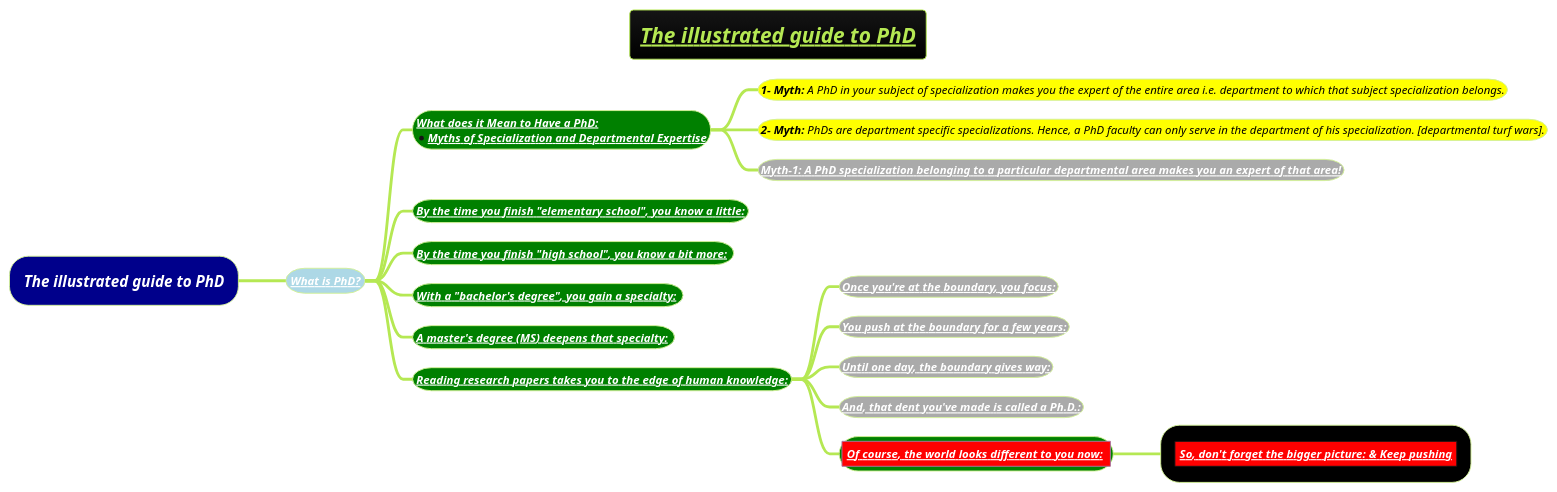
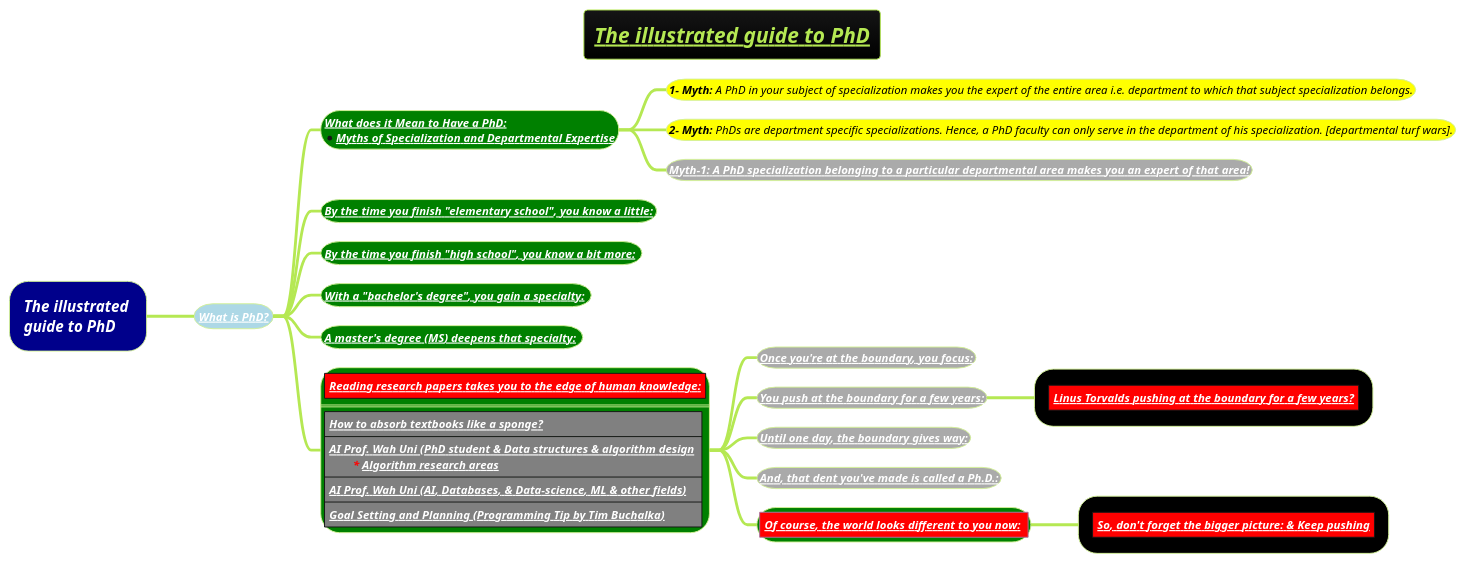
The diagram in docs/3-programming-languages/Venkat-Subramaniam/the-illustrated-guide-to-PhD.puml (MehmoodHashmi/Documentation-as-Code-DaC), drawn with PlantUML before and after one commit. The commit also changed 36 other files, not shown here.

```diff
--- a/docs/3-programming-languages/Venkat-Subramaniam/the-illustrated-guide-to-PhD.puml
+++ b/docs/3-programming-languages/Venkat-Subramaniam/the-illustrated-guide-to-PhD.puml
@@ -1,25 +1,32 @@
 @startmindmap
 title =<i><b><u><size:18>The illustrated guide to PhD
 !theme hacker
 
-*[#darkblue] <i><color #white>The illustrated guide to PhD
+*[#darkblue] <i><color #white>The illustrated \n<i><color #white>guide to PhD
 **[#lightblue] <i><color #black><size:12>[[docs/3-programming-languages/Venkat-Subramaniam/images/img_65.png What is PhD?]]
 ***[#green]:<b><i><color #white><size:12>[[docs/3-programming-languages/Venkat-Subramaniam/images/img_65.png What does it Mean to Have a PhD:]]
 *<b><i><color #white><size:12>[[docs/3-programming-languages/Venkat-Subramaniam/images/img_65.png Myths of Specialization and Departmental Expertise]];
 ****[#yellow] <i><color #black><size:12>**1- Myth:** A PhD in your subject of specialization makes you the expert of the entire area i.e. department to which that subject specialization belongs.
 ****[#yellow] <i><color #black><size:12>**2- Myth:** PhDs are department specific specializations. Hence, a PhD faculty can only serve in the department of his specialization. [departmental turf wars].
 ****[#a] <i><color #black><size:12><b>[[docs/3-programming-languages/Venkat-Subramaniam/images/img_65.png Myth-1: A PhD specialization belonging to a particular departmental area makes you an expert of that area!]]
 ***[#green] <b><i><color #black><size:12>[[docs/3-programming-languages/Venkat-Subramaniam/images/img_65.png By the time you finish "elementary school", you know a little:]]
 
 ***[#green] <b><i><color #black><size:12>[[docs/3-programming-languages/Venkat-Subramaniam/images/img_66.png By the time you finish "high school", you know a bit more: ]]
 ***[#green] <b><i><color #black><size:12>[[docs/3-programming-languages/Venkat-Subramaniam/images/img_67.png With a "bachelor's degree", you gain a specialty: ]]
 ***[#green] <b><i><color #black><size:12>[[docs/3-programming-languages/Venkat-Subramaniam/images/img_781.png A master's degree (MS) deepens that specialty: ]]
-***[#green] <b><i><color #black><size:12>[[docs/3-programming-languages/Venkat-Subramaniam/images/img_782.png Reading research papers takes you to the edge of human knowledge:]]
+***[#green]:|<#red><b><i><color #black><size:12>[[docs/3-programming-languages/Venkat-Subramaniam/images/img_782.png Reading research papers takes you to the edge of human knowledge:]]|
+====
+|<#grey><b><i><color #black><size:12>[[docs/3-programming-languages/Venkat-Subramaniam/images/img_809.png How to absorb textbooks like a sponge?]]|
+|<#grey><b><i><color #black><size:12>[[docs/3-programming-languages/Venkat-Subramaniam/images/img_810.png AI Prof. Wah Uni (PhD student & Data structures & algorithm design]] \n\t<b><i><color #red>* <size:12>[[docs/3-programming-languages/Venkat-Subramaniam/images/img_812.png Algorithm research areas]]|
+|<#grey><b><i><color #black><size:12>[[docs/3-programming-languages/Venkat-Subramaniam/images/img_810.png AI Prof. Wah Uni (AI, Databases, & Data-science, ML & other fields)]]|
+|<#grey><b><i><color #black><size:12>[[docs/3-programming-languages/Venkat-Subramaniam/images/img_811.png Goal Setting and Planning (Programming Tip by Tim Buchalka)]]|;
 ****[#a] <b><i><color #black><size:12>[[docs/3-programming-languages/Venkat-Subramaniam/images/img_782.png Once you're at the boundary, you focus:]]
 ****[#a] <b><i><color #black><size:12>[[docs/3-programming-languages/Venkat-Subramaniam/images/img_783.png You push at the boundary for a few years:]]
+*****[#black] |<#red><b><i><color #black><size:12>[[docs/3-programming-languages/Venkat-Subramaniam/images/img_785.png Linus Torvalds pushing at the boundary for a few years?]]|
 ****[#a] <b><i><color #black><size:12>[[docs/3-programming-languages/Venkat-Subramaniam/images/img_783.png Until one day, the boundary gives way:]]
 ****[#a] <b><i><color #black><size:12>[[docs/3-programming-languages/Venkat-Subramaniam/images/img_783.png And, that dent you've made is called a Ph.D.:]]
 ****[#green] |<#red><b><i><color #white><size:12>[[docs/3-programming-languages/Venkat-Subramaniam/images/img_784.png Of course, the world looks different to you now:]] |
 *****[#black] |<#red><b><i><color #white><size:12>[[docs/3-programming-languages/Venkat-Subramaniam/images/img_785.png So, don't forget the bigger picture: & Keep pushing]]|
 
+
 @endmindmap
```
